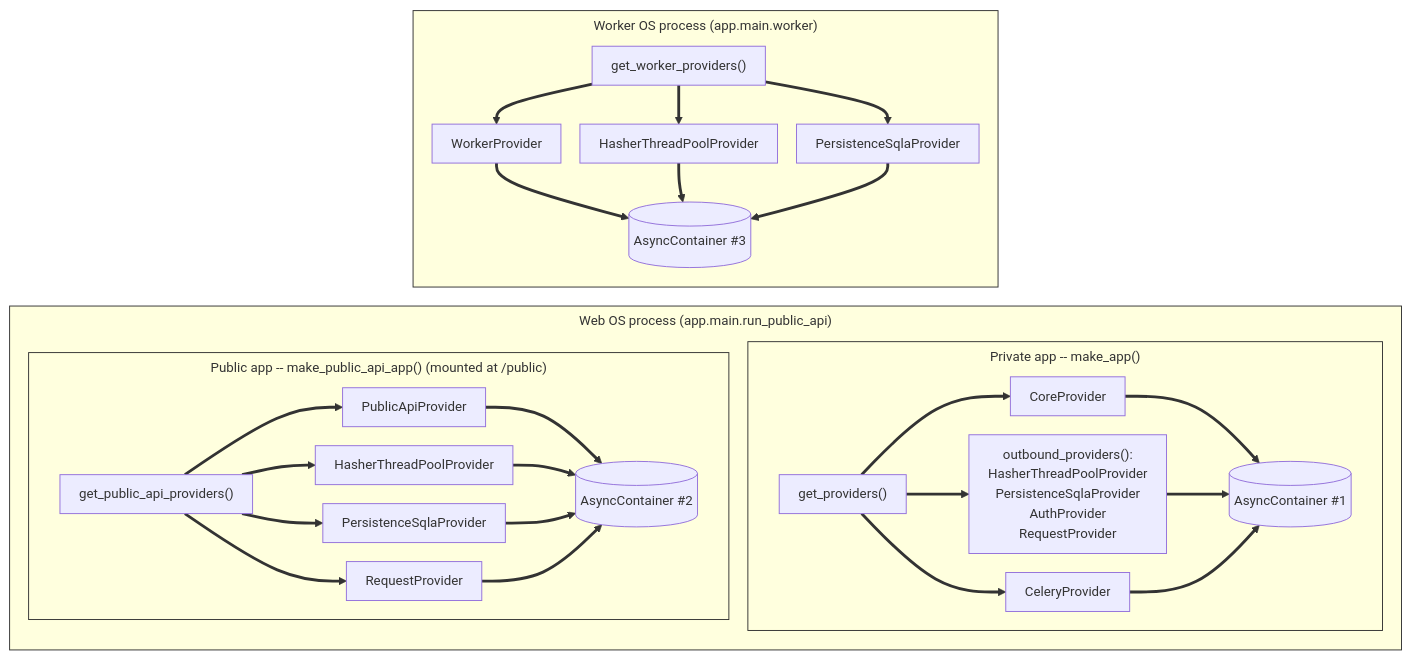
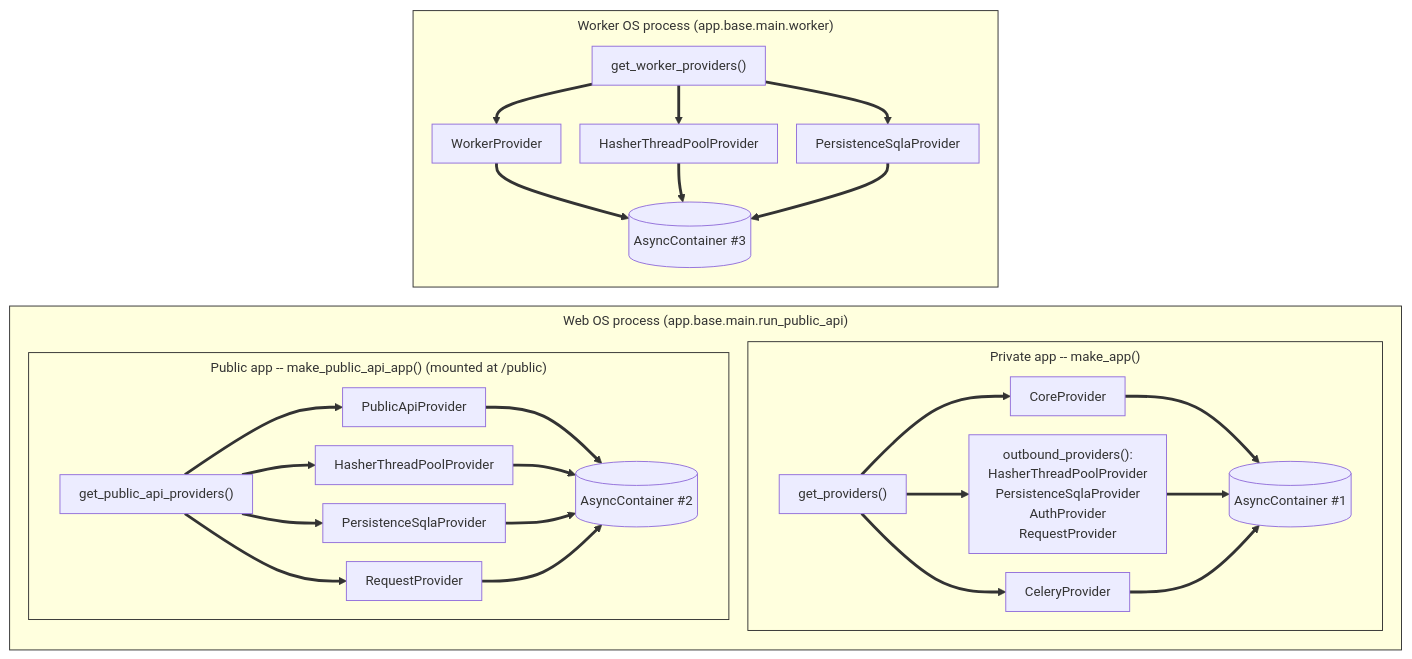
Before and after one commit to Kgotso-Koete/fastapi-clean-example: the first of 2 diagrams in docs/wiki/content/core-patterns/dependency-injection.md, drawn with Mermaid. The commit also changed other lines of this file and 1006 other files, not shown here.

Commit message:
feat(modules): split the app into base, Organizations and Notifications modules, and shared (v0.20.0) (#19)

````diff
--- a/docs/wiki/content/core-patterns/dependency-injection.md
+++ b/docs/wiki/content/core-patterns/dependency-injection.md
@@ -21,47 +21,47 @@
     ```mermaid
     %%{init: {"theme": "default", "themeVariables": {"fontSize": "14px"}, "flowchart": {"nodeSpacing": 20, "rankSpacing": 16, "padding": 10, "subGraphTitleMargin": {"top": 5, "bottom": 12}, "useMaxWidth": false}}}%%
     flowchart LR
-        subgraph web["Web OS process (app.main.run_public_api)"]
+        subgraph web["Web OS process (app.base.main.run_public_api)"]
             subgraph webApp["Private app -- make_app()"]
                 getProviders["get_providers()"]
                 core["CoreProvider"]
                 outbound["outbound_providers():<br/>HasherThreadPoolProvider<br/>PersistenceSqlaProvider<br/>AuthProvider<br/>RequestProvider"]
                 celery["CeleryProvider"]
                 webContainer[("AsyncContainer #1")]
             end
             subgraph pubApp["Public app -- make_public_api_app() (mounted at /public)"]
                 getPublicProviders["get_public_api_providers()"]
                 pubP["PublicApiProvider"]
                 sharedC["HasherThreadPoolProvider"]
                 sharedD["PersistenceSqlaProvider"]
                 pubR["RequestProvider"]
                 pubContainer[("AsyncContainer #2")]
             end
         end
-        subgraph workerProc["Worker OS process (app.main.worker)"]
+        subgraph workerProc["Worker OS process (app.base.main.worker)"]
             getWorkerProviders["get_worker_providers()"]
             workerP["WorkerProvider"]
             sharedA["HasherThreadPoolProvider"]
             sharedB["PersistenceSqlaProvider"]
             workerContainer[("AsyncContainer #3")]
         end
 
         getProviders --> core --> webContainer
         getProviders --> outbound --> webContainer
         getProviders --> celery --> webContainer
 
         getPublicProviders --> pubP --> pubContainer
         getPublicProviders --> sharedC --> pubContainer
         getPublicProviders --> sharedD --> pubContainer
         getPublicProviders --> pubR --> pubContainer
 
         getWorkerProviders --> workerP --> workerContainer
         getWorkerProviders --> sharedA --> workerContainer
         getWorkerProviders --> sharedB --> workerContainer
 
         linkStyle default stroke-width:3px,stroke:#333333
         style web stroke-width:1px,stroke:#333333
         style webApp stroke-width:1px,stroke:#333333
         style pubApp stroke-width:1px,stroke:#333333
         style workerProc stroke-width:1px,stroke:#333333
     ```
````
